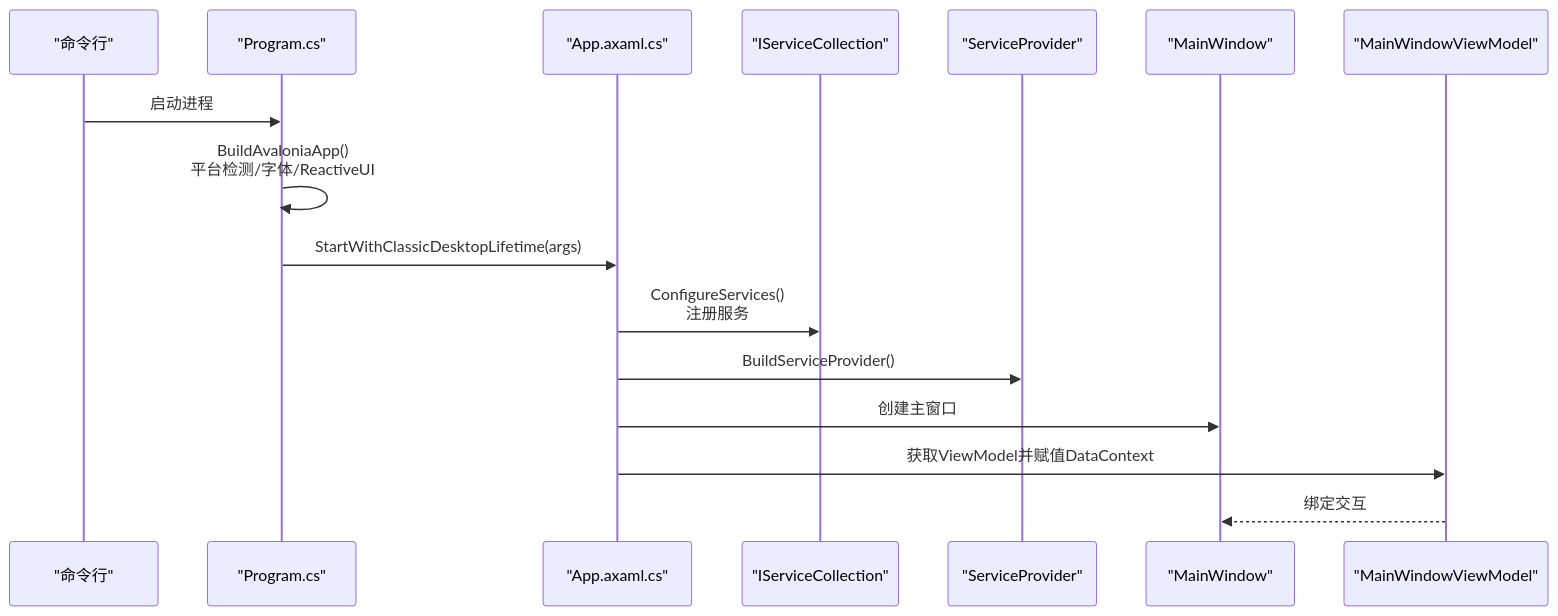
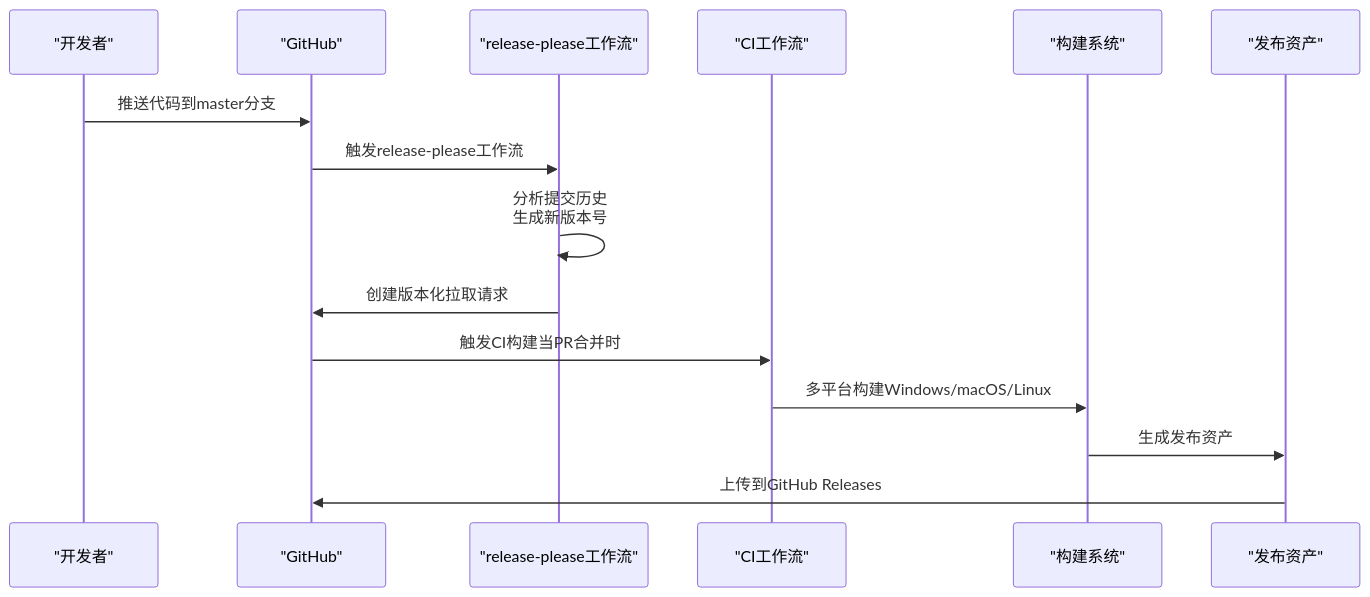
Before and after one commit to mariamjensen42-glitch/LocalMusicPlayer: the second of 5 diagrams in .qoder/repowiki/zh/content/部署和发布.md, drawn with Mermaid. The commit also changed other lines of this file and 16 other files, not shown here.

````diff
--- a/.qoder/repowiki/zh/content/部署和发布.md
+++ b/.qoder/repowiki/zh/content/部署和发布.md
@@ -102,18 +134,17 @@
 ```mermaid
 sequenceDiagram
-participant CLI as "命令行"
-participant PRG as "Program.cs"
-participant APP as "App.axaml.cs"
-participant DI as "IServiceCollection"
-participant SP as "ServiceProvider"
-participant WIN as "MainWindow"
-participant VM as "MainWindowViewModel"
-CLI->>PRG : 启动进程
-PRG->>PRG : BuildAvaloniaApp()<br/>平台检测/字体/ReactiveUI
-PRG->>APP : StartWithClassicDesktopLifetime(args)
-APP->>DI : ConfigureServices()<br/>注册服务
-APP->>SP : BuildServiceProvider()
-APP->>WIN : 创建主窗口
-APP->>VM : 获取ViewModel并赋值DataContext
-VM-->>WIN : 绑定交互
+participant DEV as "开发者"
+participant GH as "GitHub"
+participant RP as "release-please工作流"
+participant CI as "CI工作流"
+participant BUILD as "构建系统"
+participant ART as "发布资产"
+DEV->>GH : 推送代码到master分支
+GH->>RP : 触发release-please工作流
+RP->>RP : 分析提交历史<br/>生成新版本号
+RP->>GH : 创建版本化拉取请求
+GH->>CI : 触发CI构建当PR合并时
+CI->>BUILD : 多平台构建Windows/macOS/Linux
+BUILD->>ART : 生成发布资产
+ART->>GH : 上传到GitHub Releases
 ```
````
